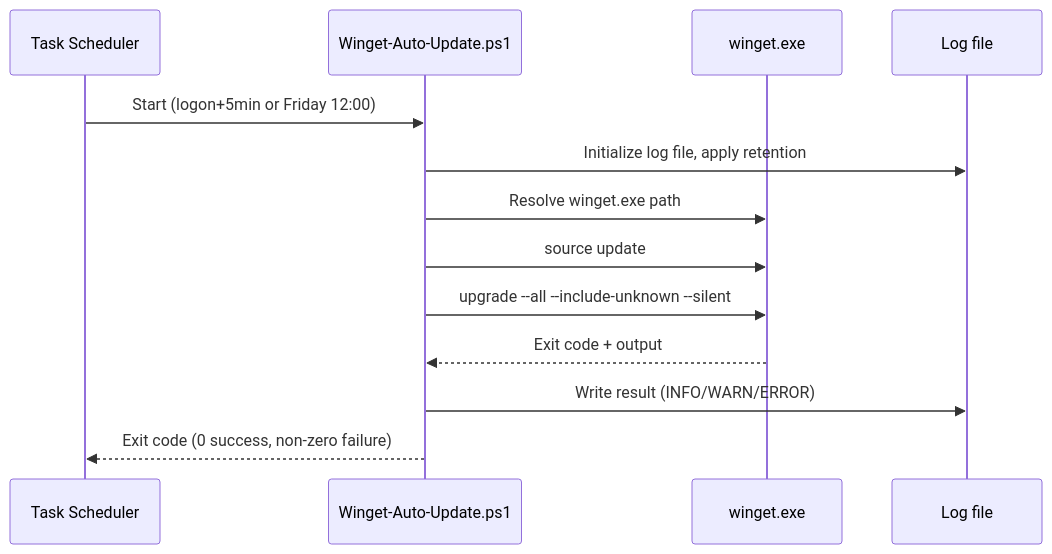
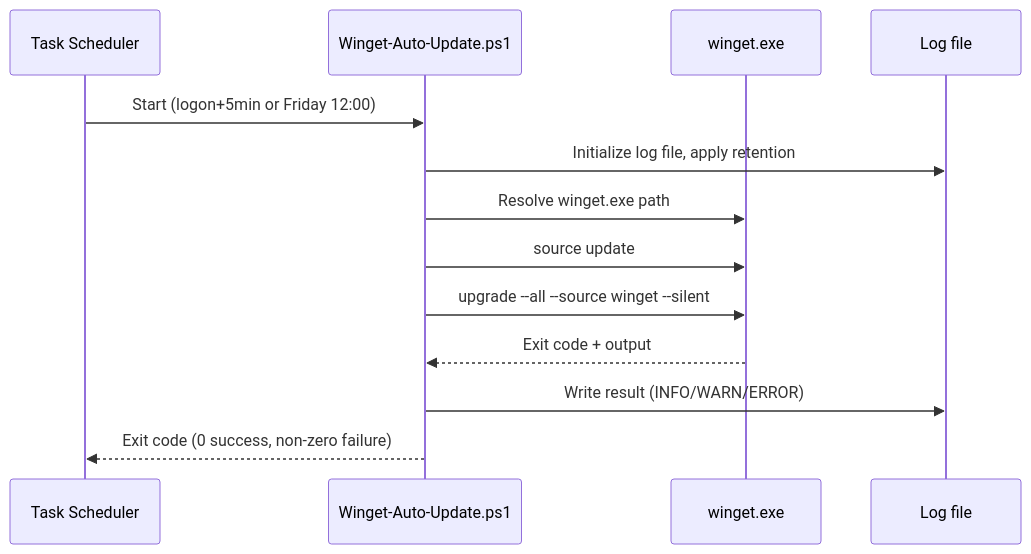
The second of 2 diagrams in docs/ARCHITECTURE.md (w465jt7pm9-cpu/Winget-Maintenance), drawn with Mermaid before and after one commit. The commit also changed other lines of this file and 7 other files, not shown here.

````diff
--- a/docs/ARCHITECTURE.md
+++ b/docs/ARCHITECTURE.md
@@ -71,16 +73,16 @@
 ```mermaid
 sequenceDiagram
     participant Task as Task Scheduler
     participant Script as Winget-Auto-Update.ps1
     participant Winget as winget.exe
     participant Log as Log file
 
     Task->>Script: Start (logon+5min or Friday 12:00)
     Script->>Log: Initialize log file, apply retention
     Script->>Winget: Resolve winget.exe path
     Script->>Winget: source update
-    Script->>Winget: upgrade --all --include-unknown --silent
+    Script->>Winget: upgrade --all --source winget --silent
     Winget-->>Script: Exit code + output
     Script->>Log: Write result (INFO/WARN/ERROR)
     Script-->>Task: Exit code (0 success, non-zero failure)
 ```
````
